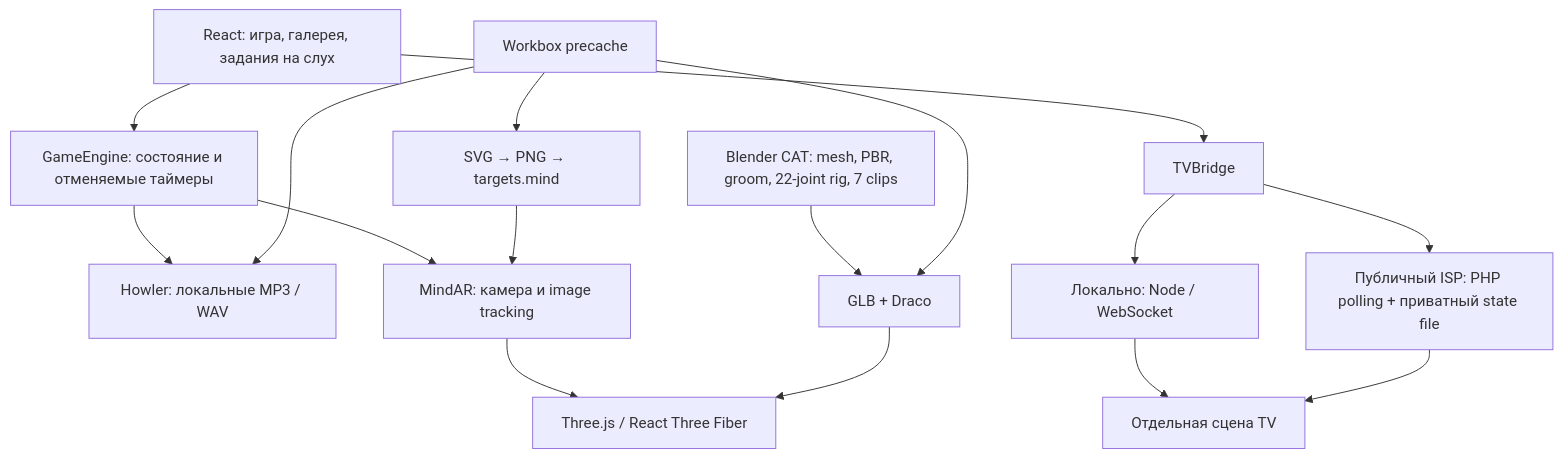
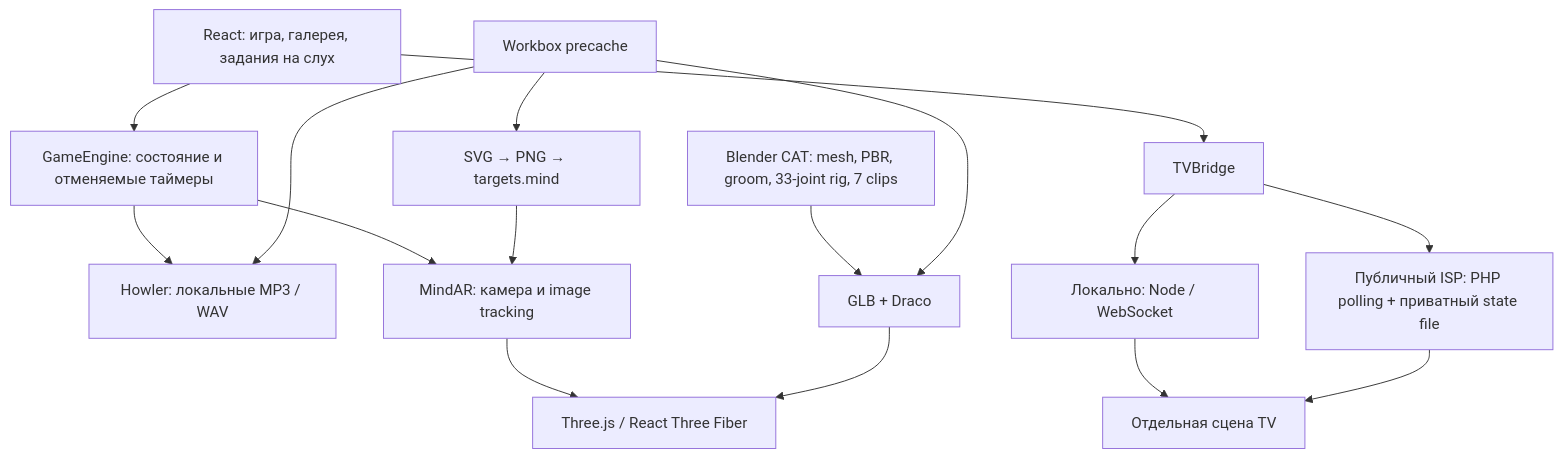
Before and after one commit to lvipa/magic-animals: the diagram in ARCHITECTURE.md, drawn with Mermaid. The commit also changed other lines of this file and 67 other files, not shown here.

Commit message:
Replace CAT assembly with connected Blender asset pipeline and WebGL review

````diff
--- a/ARCHITECTURE.md
+++ b/ARCHITECTURE.md
@@ -7,18 +7,18 @@
 ```mermaid
 flowchart TD
   UI[React: игра, галерея, задания на слух] --> Engine[GameEngine: состояние и отменяемые таймеры]
   Engine --> Audio[Howler: локальные MP3 / WAV]
   Engine --> AR[MindAR: камера и image tracking]
   AR --> Render[Three.js / React Three Fiber]
-  Asset[Blender CAT: mesh, PBR, groom, 22-joint rig, 7 clips] --> GLB[GLB + Draco]
+  Asset[Blender CAT: mesh, PBR, groom, 33-joint rig, 7 clips] --> GLB[GLB + Draco]
   GLB --> Render
   UI --> TV[TVBridge]
   TV --> WS[Локально: Node / WebSocket]
   TV --> PHP[Публичный ISP: PHP polling + приватный state file]
   WS --> Screen[Отдельная сцена TV]
   PHP --> Screen
   Cards[SVG → PNG → targets.mind] --> AR
   PWA[Workbox precache] --> Audio
   PWA --> GLB
   PWA --> Cards
 ```
````
